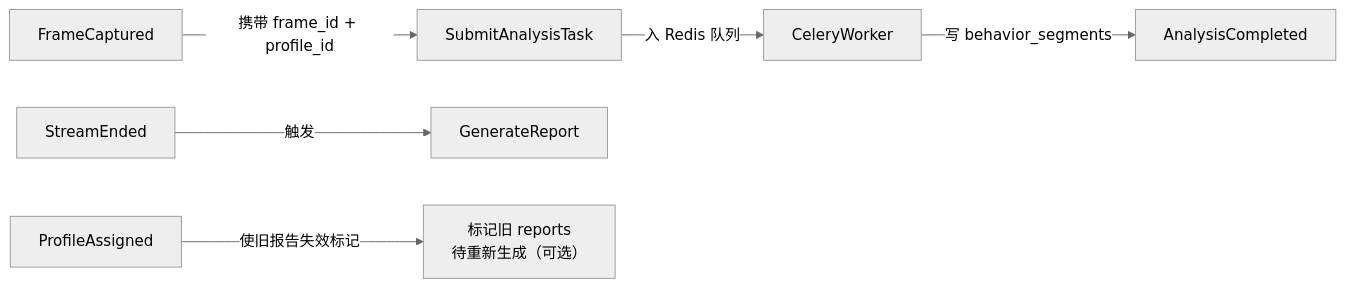
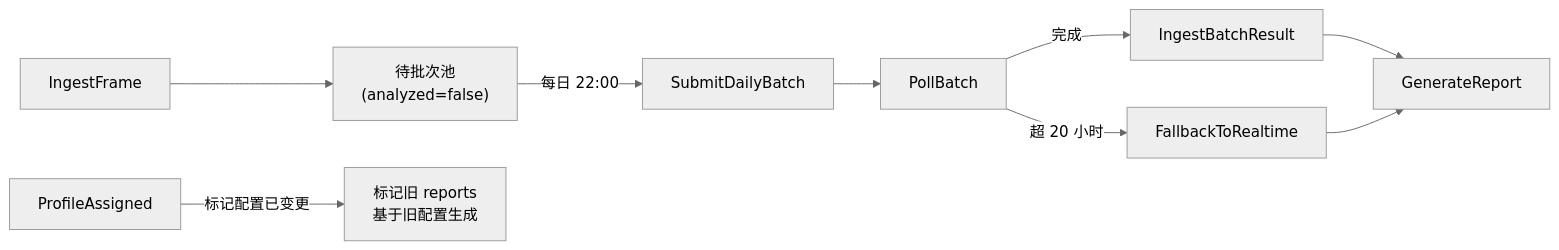
The third of 12 diagrams in duxue-server/docs/ARCHITECTURE.md (johanchow/duxue), drawn with Mermaid (neutral theme) before and after one commit. The commit also changed other lines of this file and 18 other files, not shown here.

````diff
--- a/duxue-server/docs/ARCHITECTURE.md
+++ b/duxue-server/docs/ARCHITECTURE.md
@@ -151,8 +189,11 @@
 ```mermaid
 graph LR
-    FrameCaptured -->|携带 frame_id + profile_id| SubmitAnalysisTask
-    SubmitAnalysisTask -->|入 Redis 队列| CeleryWorker
-    CeleryWorker -->|写 behavior_segments| AnalysisCompleted
-    StreamEnded -->|触发| GenerateReport
-    ProfileAssigned -->|使旧报告失效标记| InvalidateReports["标记旧 reports\n待重新生成（可选）"]
+    IngestFrame --> PendingPool["待批次池\n(analyzed=false)"]
+    PendingPool -->|每日 22:00| SubmitDailyBatch
+    SubmitDailyBatch --> PollBatch
+    PollBatch -->|完成| IngestBatchResult
+    PollBatch -->|超 20 小时| FallbackToRealtime
+    IngestBatchResult --> GenerateReport
+    FallbackToRealtime --> GenerateReport
+    ProfileAssigned -->|标记配置已变更| StaleReports["标记旧 reports\n基于旧配置生成"]
 ```
````
